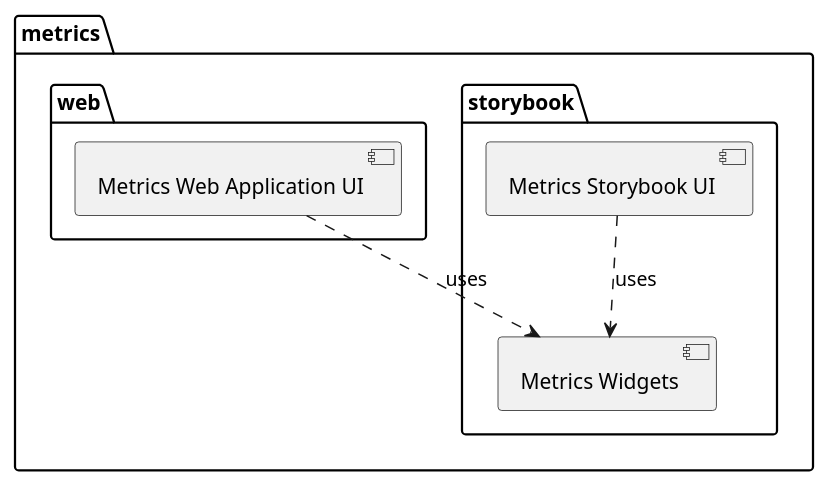
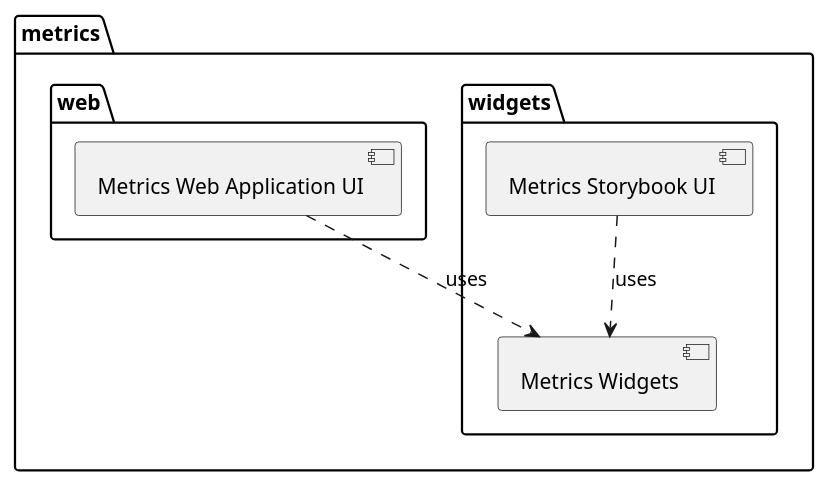
Before and after one commit to Flank/flank-dashboard: the diagram in metrics/web/docs/features/storybook/diagrams/metrics_storybook_web_relation_diagram.puml, drawn with PlantUML. The commit also changed 1 other file, not shown here.

Commit message:
Fix Storybook relation diagram

```diff
--- a/metrics/web/docs/features/storybook/diagrams/metrics_storybook_web_relation_diagram.puml
+++ b/metrics/web/docs/features/storybook/diagrams/metrics_storybook_web_relation_diagram.puml
@@ -1,13 +1,13 @@
 @startuml metrics_storybook_web_relation_diagram
 
 package "metrics" {
-  package "storybook" {
+  package "widgets" {  
     [Metrics Storybook UI] ..> [Metrics Widgets] : uses
   }
 
   package "web" {
     [Metrics Web Application UI] ..> [Metrics Widgets] : uses
   }
 }
 
 @enduml
```
